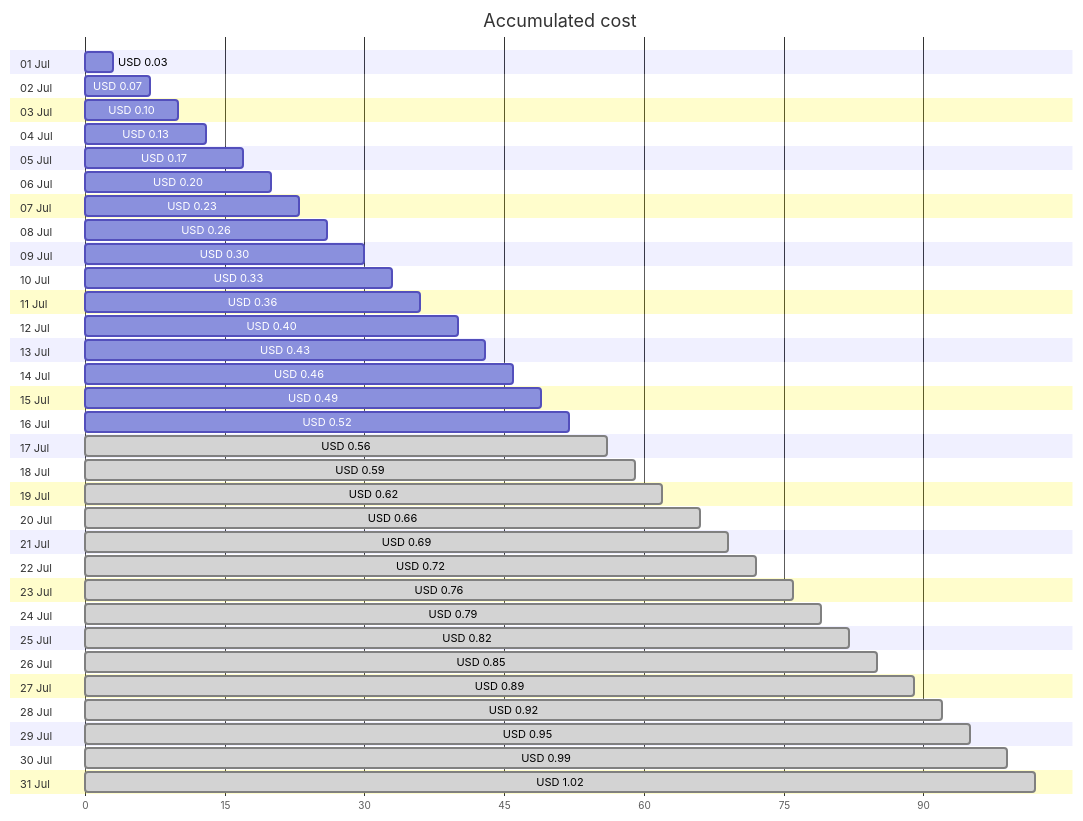
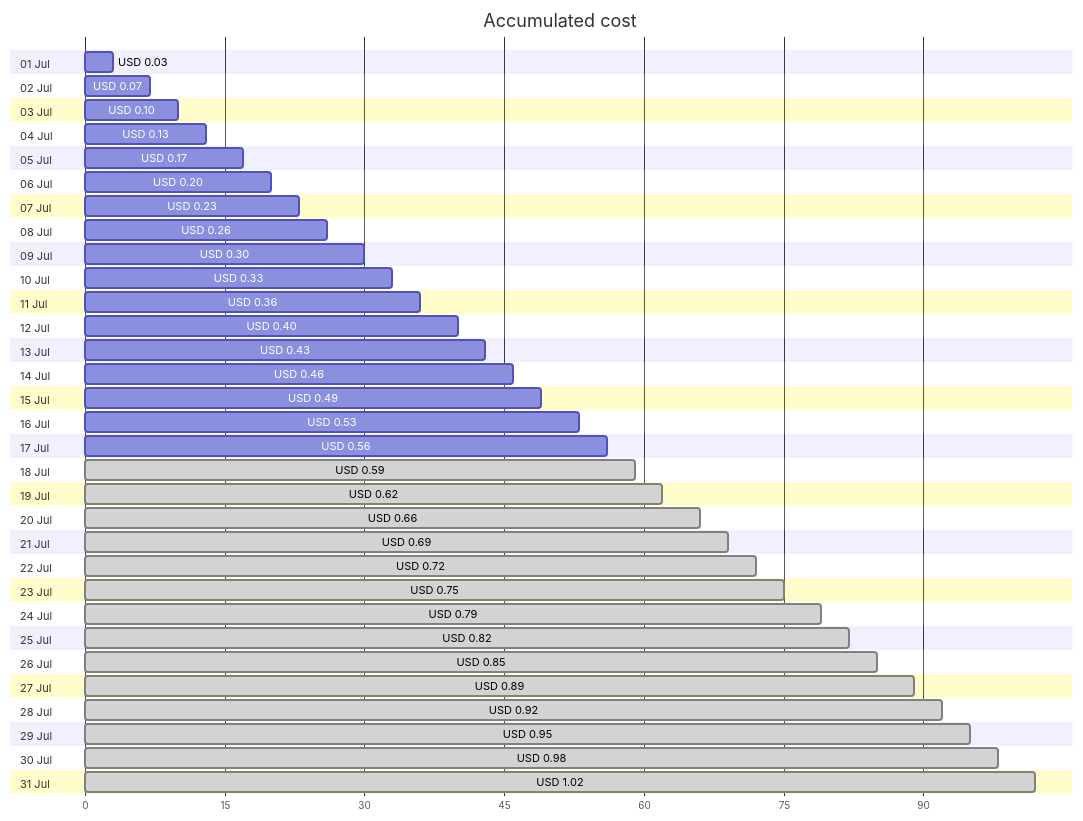
One commit to jpfulton/azure-personal-reports changed the first of 4 diagrams in cost-reports/personal-dns/README.md. Above: the diagram before and after it, drawn with Mermaid. The commit also changed other lines of this file and 2 other files, not shown here.

````diff
--- a/cost-reports/personal-dns/README.md
+++ b/cost-reports/personal-dns/README.md
@@ -20,68 +20,68 @@
 ```mermaid
 gantt
    title Accumulated cost
    dateFormat  X
    axisFormat %s
    section 01 Jul
    USD 0.03 :0, 3
    section 02 Jul
    USD 0.07 :0, 7
    section 03 Jul
    USD 0.10 :0, 10
    section 04 Jul
    USD 0.13 :0, 13
    section 05 Jul
    USD 0.17 :0, 17
    section 06 Jul
    USD 0.20 :0, 20
    section 07 Jul
    USD 0.23 :0, 23
    section 08 Jul
    USD 0.26 :0, 26
    section 09 Jul
    USD 0.30 :0, 30
    section 10 Jul
    USD 0.33 :0, 33
    section 11 Jul
    USD 0.36 :0, 36
    section 12 Jul
    USD 0.40 :0, 40
    section 13 Jul
    USD 0.43 :0, 43
    section 14 Jul
    USD 0.46 :0, 46
    section 15 Jul
    USD 0.49 :0, 49
    section 16 Jul
-   USD 0.52 :0, 52
+   USD 0.53 :0, 53
    section 17 Jul
-   USD 0.56 : done, 0, 56
+   USD 0.56 :0, 56
    section 18 Jul
    USD 0.59 : done, 0, 59
    section 19 Jul
    USD 0.62 : done, 0, 62
    section 20 Jul
    USD 0.66 : done, 0, 66
    section 21 Jul
    USD 0.69 : done, 0, 69
    section 22 Jul
    USD 0.72 : done, 0, 72
    section 23 Jul
-   USD 0.76 : done, 0, 76
+   USD 0.75 : done, 0, 75
    section 24 Jul
    USD 0.79 : done, 0, 79
    section 25 Jul
    USD 0.82 : done, 0, 82
    section 26 Jul
    USD 0.85 : done, 0, 85
    section 27 Jul
    USD 0.89 : done, 0, 89
    section 28 Jul
    USD 0.92 : done, 0, 92
    section 29 Jul
    USD 0.95 : done, 0, 95
    section 30 Jul
-   USD 0.99 : done, 0, 99
+   USD 0.98 : done, 0, 98
    section 31 Jul
    USD 1.02 : done, 0, 102
 ```
````
